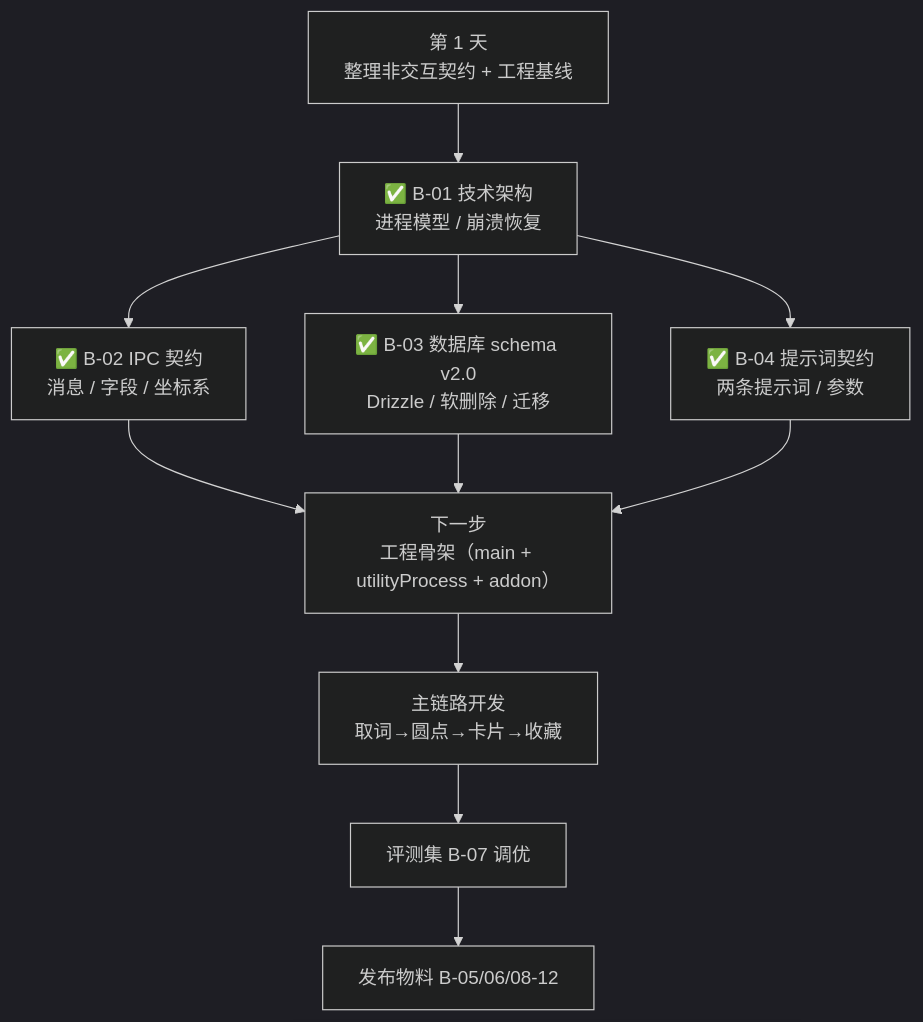
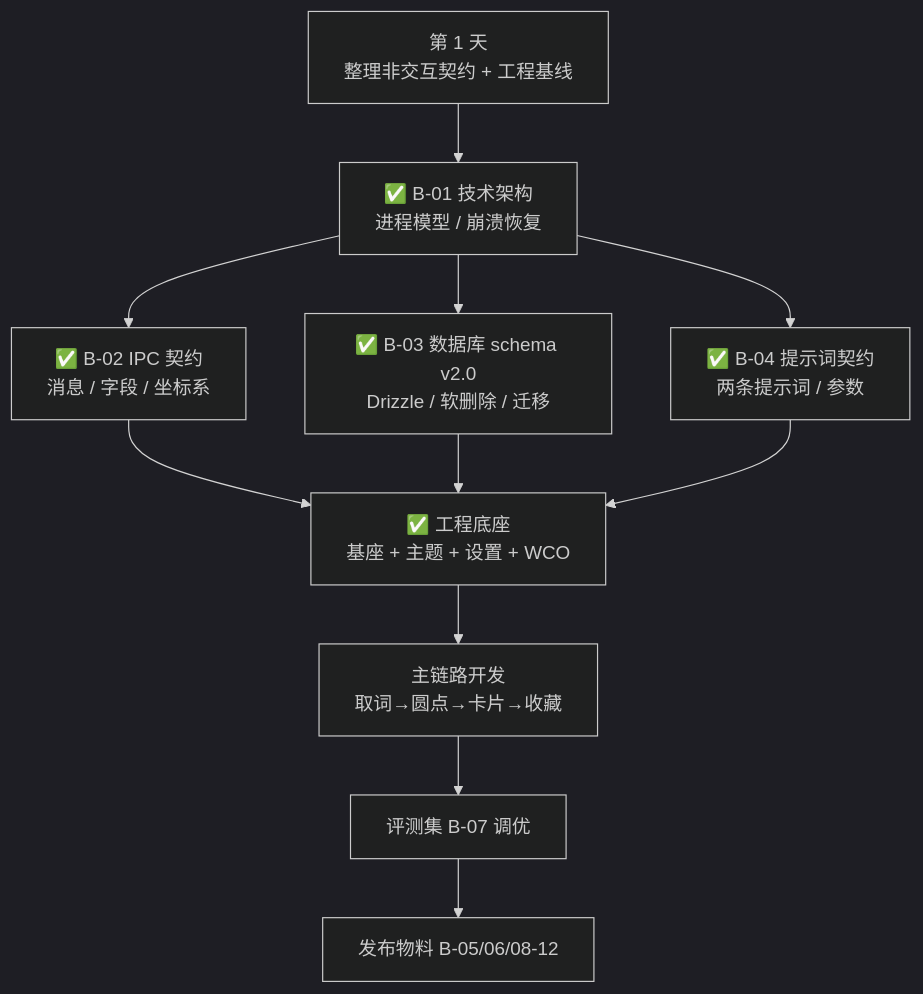
The diagram in docs/progress-checklist.md (BanShan-Alec/Snapword), drawn with Mermaid (dark theme) before and after one commit. The commit also changed other lines of this file and 85 other files, not shown here.

````diff
--- a/docs/progress-checklist.md
+++ b/docs/progress-checklist.md
@@ -188,13 +198,13 @@
 ```mermaid
 flowchart TD
     A["第 1 天<br/>整理非交互契约 + 工程基线"] --> B["✅ B-01 技术架构<br/>进程模型 / 崩溃恢复"]
     B --> C["✅ B-02 IPC 契约<br/>消息 / 字段 / 坐标系"]
     B --> D["✅ B-03 数据库 schema v2.0<br/>Drizzle / 软删除 / 迁移"]
     B --> E["✅ B-04 提示词契约<br/>两条提示词 / 参数"]
-    C --> H["下一步<br/>工程骨架（main + utilityProcess + addon）"]
+    C --> H["✅ 工程底座<br/>基座 + 主题 + 设置 + WCO"]
     D --> H
     E --> H
     H --> I["主链路开发<br/>取词→圆点→卡片→收藏"]
     I --> J["评测集 B-07 调优"]
     J --> K["发布物料 B-05/06/08-12"]
 ```
````
